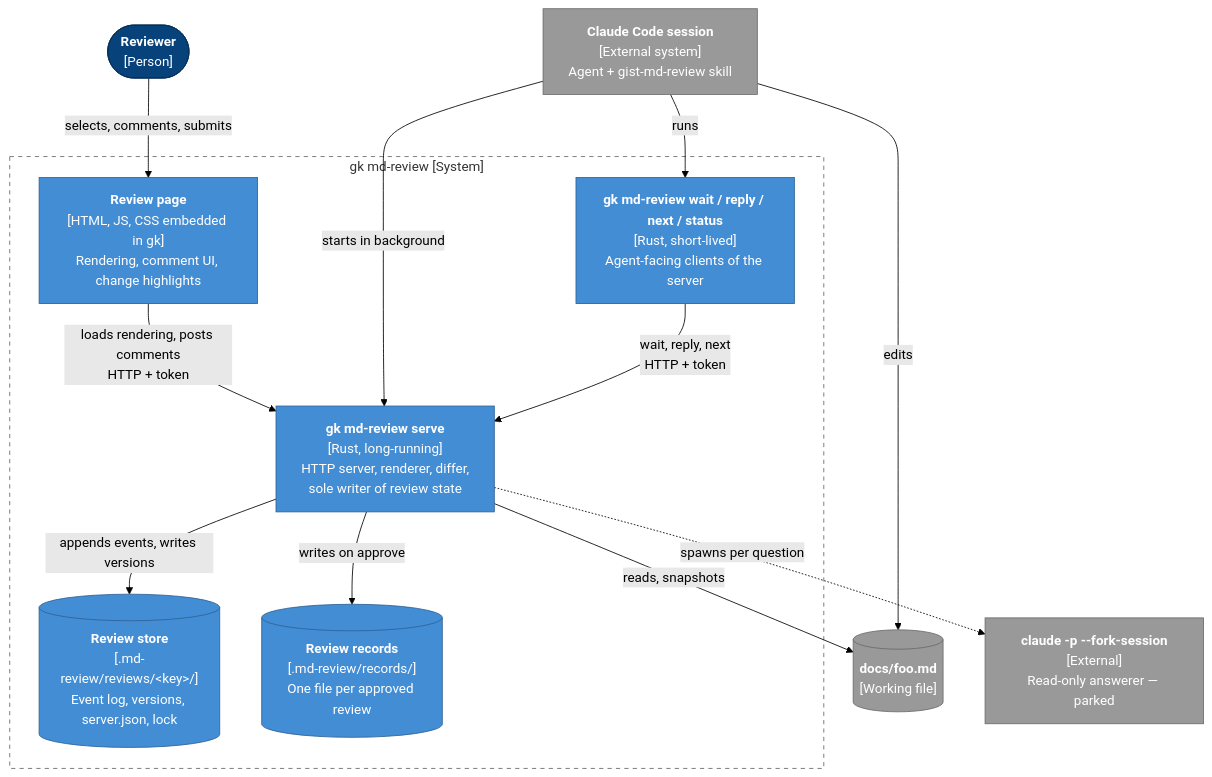
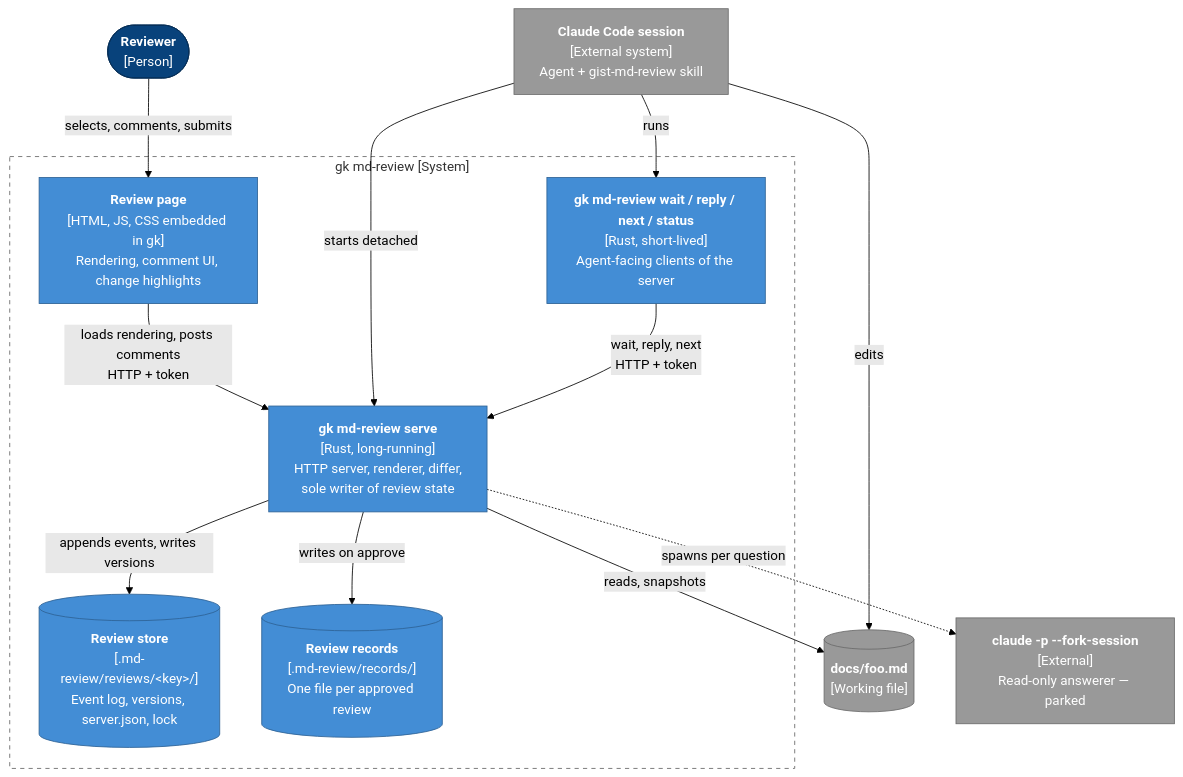
The second of 7 diagrams in docs/design/md-review-hld.md (msurkovsky/gist), drawn with Mermaid (forest theme) before and after one commit. The commit also changed other lines of this file and 4 other files, not shown here.

First line of the commit message:
Record the detached serve and close the naming question

````diff
--- a/docs/design/md-review-hld.md
+++ b/docs/design/md-review-hld.md
@@ -115,32 +115,32 @@
 ```mermaid
 flowchart TB
   human(["<b>Reviewer</b><br/>[Person]"]):::person
   agent["<b>Claude Code session</b><br/>[External system]<br/>Agent + gist-md-review skill"]:::ext
 
   subgraph mdr["gk md-review [System]"]
     page["<b>Review page</b><br/>[HTML, JS, CSS embedded in gk]<br/>Rendering, comment UI, change highlights"]:::container
     serve["<b>gk md-review serve</b><br/>[Rust, long-running]<br/>HTTP server, renderer, differ,<br/>sole writer of review state"]:::container
     cli["<b>gk md-review wait / reply / next / status</b><br/>[Rust, short-lived]<br/>Agent-facing clients of the server"]:::container
     store[("<b>Review store</b><br/>[.md-review/reviews/#lt;key#gt;/]<br/>Event log, versions, server.json, lock")]:::container
     records[("<b>Review records</b><br/>[.md-review/records/]<br/>One file per approved review")]:::container
   end
 
   doc[("<b>docs/foo.md</b><br/>[Working file]")]:::ext
   claude["<b>claude -p --fork-session</b><br/>[External]<br/>Read-only answerer — parked"]:::ext
 
   human -- "selects, comments, submits" --> page
   page -- "loads rendering, posts comments<br/>HTTP + token" --> serve
-  agent -- "starts in background" --> serve
+  agent -- "starts detached" --> serve
   agent -- "runs" --> cli
   cli -- "wait, reply, next<br/>HTTP + token" --> serve
   serve -- "appends events, writes versions" --> store
   serve -- "writes on approve" --> records
   serve -- "reads, snapshots" --> doc
   agent -- "edits" --> doc
   serve -. "spawns per question" .-> claude
   classDef person fill:#08427b,stroke:#052e56,color:#fff
   classDef system fill:#1168bd,stroke:#0b4884,color:#fff
   classDef container fill:#438dd5,stroke:#2e6295,color:#fff
   classDef ext fill:#999,stroke:#6b6b6b,color:#fff
   style mdr fill:none,stroke:#666,stroke-dasharray:5 5
 ```
````
